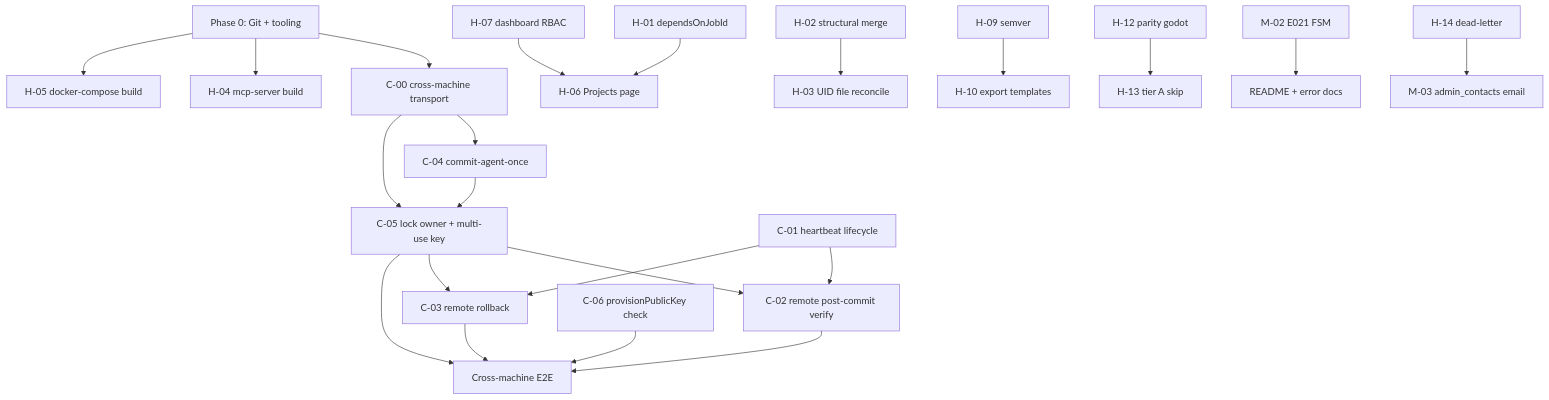
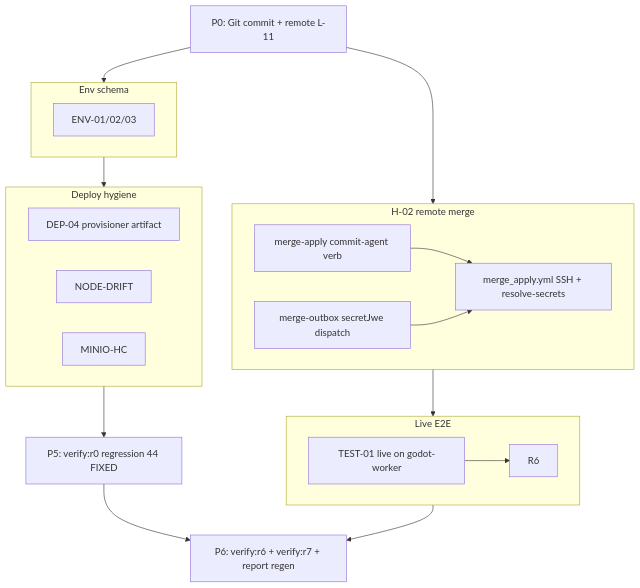
Before and after one commit to naeronplus/VMCP: the diagram in plan.md, drawn with Mermaid. The commit also changed other lines of this file and 6 other files, not shown here.

````diff
--- a/plan.md
+++ b/plan.md
@@ -90,28 +167,35 @@
 ```mermaid
 flowchart TD
-  P0[Phase 0: Git + tooling] --> CM[C-00 cross-machine transport]
-  CM --> C04[C-04 commit-agent-once]
-  CM --> C05[C-05 lock owner + multi-use key]
-  C04 --> C05
-  C05 --> C02[C-02 remote post-commit verify]
-  C05 --> C03[C-03 remote rollback]
-  C01[C-01 heartbeat lifecycle] --> C02
-  C01 --> C03
-  C06[C-06 provisionPublicKey check] --> E2E[Cross-machine E2E]
-  C02 --> E2E
-  C03 --> E2E
-  C05 --> E2E
+  P0[P0: Git commit + remote L-11] --> P1
 
-  P0 --> H04[H-04 mcp-server build]
-  P0 --> H05[H-05 docker-compose build]
+  subgraph P1 [H-02 remote merge]
+    VERB[merge-apply commit-agent verb]
+    DISPATCH[merge-outbox secretJwe dispatch]
+    WF[merge_apply.yml SSH + resolve-secrets]
+    VERB --> WF
+    DISPATCH --> WF
+  end
 
-  H01[H-01 dependsOnJobId] --> H06[H-06 Projects page]
-  H02[H-02 structural merge] --> UID[H-03 UID file reconcile]
-  H07[H-07 dashboard RBAC] --> H06
+  P1 --> P2
+  subgraph P2 [Live E2E]
+    LIVE[TEST-01 live on godot-worker]
+    LIVE --> R6
+  end
 
-  H09[H-09 semver] --> H10[H-10 export templates]
-  H12[H-12 parity godot] --> H13[H-13 tier A skip]
+  P0 --> P3
+  subgraph P3 [Env schema]
+    ENV[ENV-01/02/03]
+  end
 
-  M02[M-02 E021 FSM] --> DOCS[README + error docs]
-  H14[H-14 dead-letter] --> M03[M-03 admin_contacts email]
+  P3 --> P4
+  subgraph P4 [Deploy hygiene]
+    DEP04[DEP-04 provisioner artifact]
+    NODE[NODE-DRIFT]
+    MINIO[MINIO-HC]
+  end
+
+  P4 --> P5
+  P5[P5: verify:r0 regression 44 FIXED] --> P6
+  P2 --> P6
+  P6[P6: verify:r6 + verify:r7 + report regen]
 ```
````
